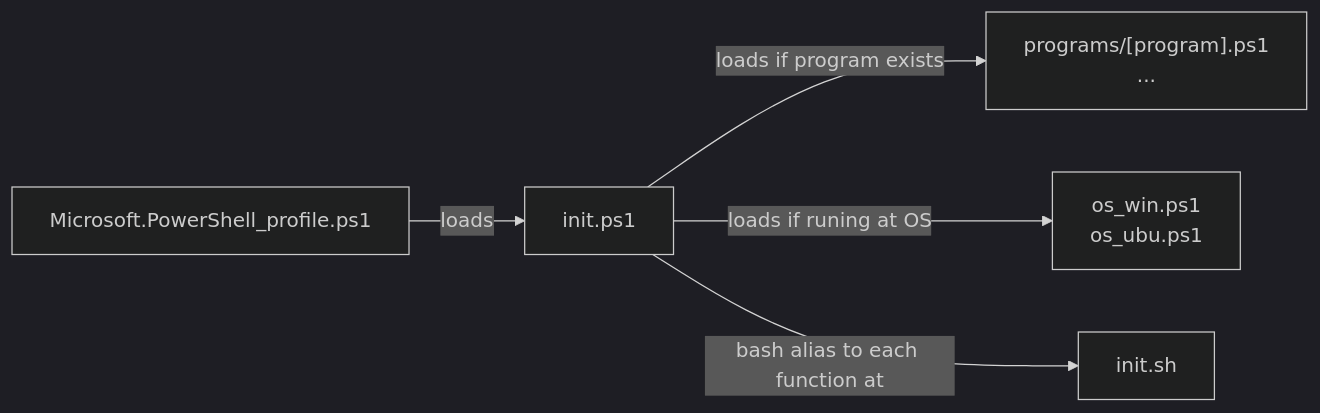
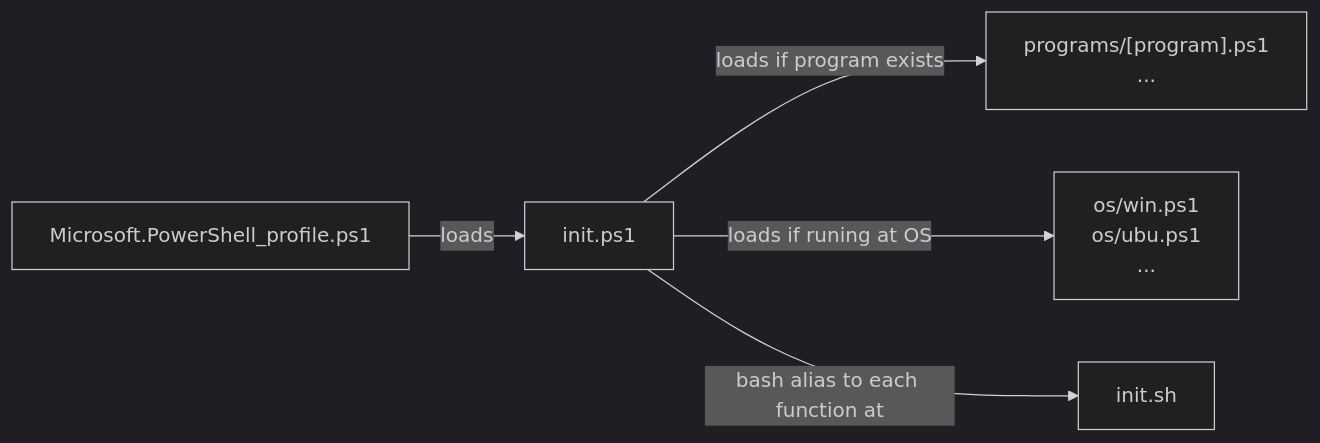
The second of 2 diagrams in README.md (alanlivio/ps-sh-helpers), drawn with Mermaid before and after one commit. The commit also changed other lines of this file and 5 other files, not shown here.

````diff
--- a/README.md
+++ b/README.md
@@ -28,20 +29,21 @@
 ```mermaid
 %%{init: {'theme':'dark'}}%%
 flowchart LR
     psprofile["Microsoft.PowerShell_profile.ps1"]
     ps-init["init.ps1"]
     sh-init["init.sh"]
     program-dependent["
         programs/[program].ps1
         ...
     "]
     OS-dependent["
-        os_win.ps1
-        os_ubu.ps1
+        os/win.ps1
+        os/ubu.ps1
+        ...
     "]
 
     psprofile--> |"loads"| ps-init
     ps-init --> |"loads if program exists"| program-dependent
     ps-init --> |"loads if runing at OS"| OS-dependent
     ps-init --> |"bash alias to each function at"| sh-init
 ```
````
